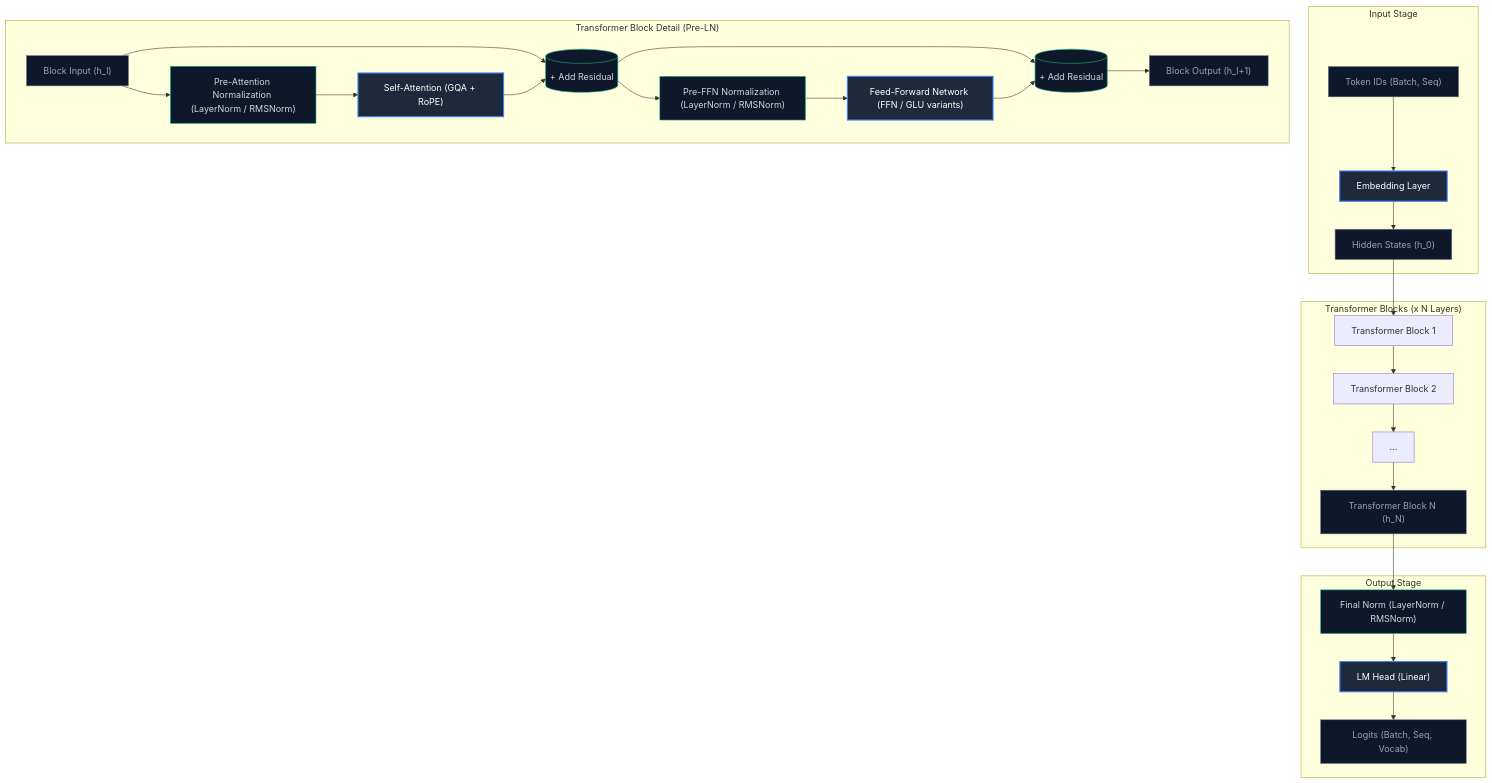
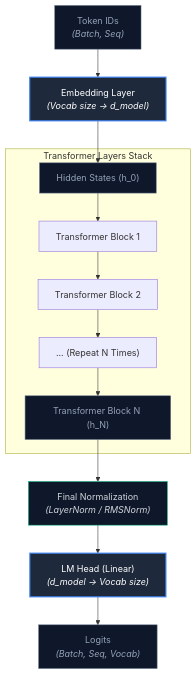
The first of 2 diagrams in README.md (sarimahsan/normact-bench), drawn with Mermaid before and after one commit. The commit also changed other lines of this file, not shown here.

Commit message:
update readme layout for better mermaid rendering

````diff
--- a/README.md
+++ b/README.md
@@ -53,44 +54,24 @@
 ```mermaid
 graph TD
-    %% Global styling
     classDef blockStyle fill:#1e293b,stroke:#3b82f6,stroke-width:2px,color:#fff;
     classDef opStyle fill:#0f172a,stroke:#10b981,stroke-width:1px,color:#d1d5db;
     classDef flowStyle fill:#0f172a,stroke:#64748b,stroke-width:1px,color:#94a3b8;
 
-    subgraph Input_Stage ["Input Stage"]
-        Tokens["Token IDs (Batch, Seq)"] --> Embed["Embedding Layer"]
-        Embed --> H0["Hidden States (h_0)"]
-    end
-
-    subgraph Transformer_Blocks ["Transformer Blocks (x N Layers)"]
+    Input["Token IDs<br><i>(Batch, Seq)</i>"] --> Embed["Embedding Layer<br><i>(Vocab size → d_model)</i>"]
+    Embed --> H0["Hidden States (h_0)"]
+    
+    subgraph Blocks ["Transformer Layers Stack"]
         H0 --> Block1["Transformer Block 1"]
         Block1 --> Block2["Transformer Block 2"]
-        Block2 --> Dots["..."]
+        Block2 --> Dots["... (Repeat N Times)"]
         Dots --> BlockN["Transformer Block N (h_N)"]
     end
 
-    subgraph Output_Stage ["Output Stage"]
-        BlockN --> FinalNorm["Final Norm (LayerNorm / RMSNorm)"]
-        FinalNorm --> LMHead["LM Head (Linear)"]
-        LMHead --> Logits["Logits (Batch, Seq, Vocab)"]
-    end
+    BlockN --> FinalNorm["Final Normalization<br><i>(LayerNorm / RMSNorm)</i>"]
+    FinalNorm --> LMHead["LM Head (Linear)<br><i>(d_model → Vocab size)</i>"]
+    LMHead --> Logits["Logits<br><i>(Batch, Seq, Vocab)</i>"]
 
-    subgraph Detail_Block ["Transformer Block Detail (Pre-LN)"]
-        Input["Block Input (h_l)"] --> PreAttnNorm["Pre-Attention Normalization (LayerNorm / RMSNorm)"]
-        Input --> Residual1[("+ Add Residual")]
-        PreAttnNorm --> SelfAttn["Self-Attention (GQA + RoPE)"]
-        SelfAttn --> Residual1
-        
-        Residual1 --> PreFFNNorm["Pre-FFN Normalization (LayerNorm / RMSNorm)"]
-        Residual1 --> Residual2[("+ Add Residual")]
-        PreFFNNorm --> FFN["Feed-Forward Network (FFN / GLU variants)"]
-        FFN --> Residual2
-        
-        Residual2 --> Output["Block Output (h_l+1)"]
-    end
-
-    %% Apply Classes
-    class Tokens,Logits,H0,BlockN,Input,Output flowStyle;
-    class Embed,LMHead,SelfAttn,FFN blockStyle;
-    class FinalNorm,PreAttnNorm,PreFFNNorm,Residual1,Residual2 opStyle;
+    class Input,Logits,H0,BlockN flowStyle;
+    class Embed,LMHead blockStyle;
+    class FinalNorm opStyle;
 ```
````
